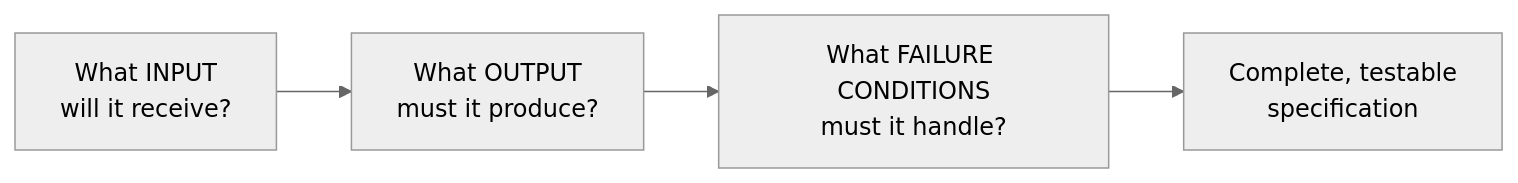
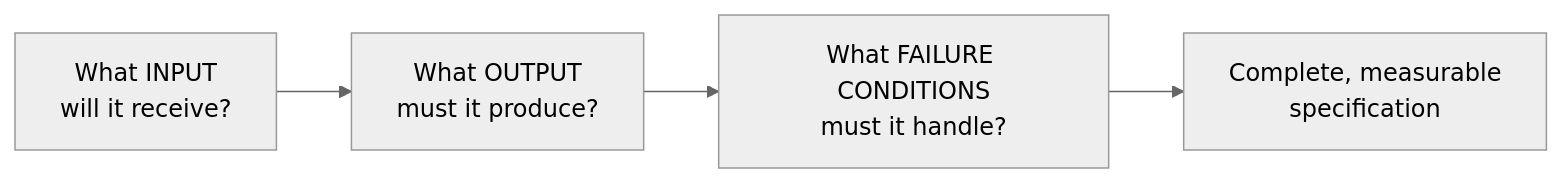
Before and after one commit to NamrataRev/AI_academy: the second of 3 diagrams in Week2/01-what-makes-a-good-specification.md, drawn with Mermaid (neutral theme). The commit also changed other lines of this file, not shown here.

````diff
--- a/Week2/01-what-makes-a-good-specification.md
+++ b/Week2/01-what-makes-a-good-specification.md
@@ -139,6 +147,6 @@
 ```mermaid
 flowchart LR
     A[What INPUT\nwill it receive?] --> B[What OUTPUT\nmust it produce?]
     B --> C[What FAILURE CONDITIONS\nmust it handle?]
-    C --> D[Complete, testable\nspecification]
+    C --> D[Complete, measurable\nspecification]
 ```
````
